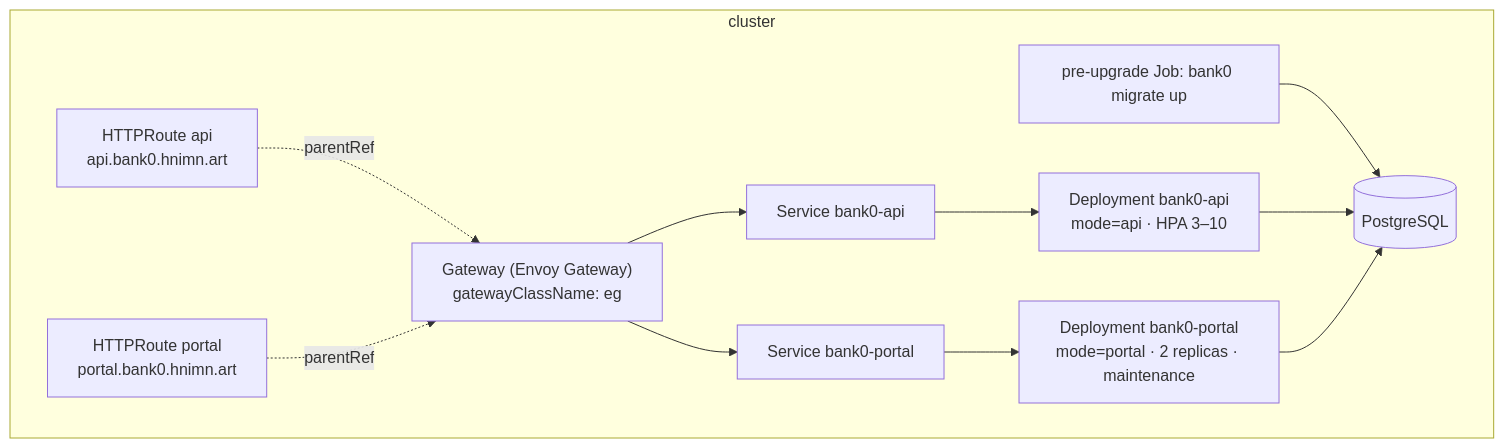
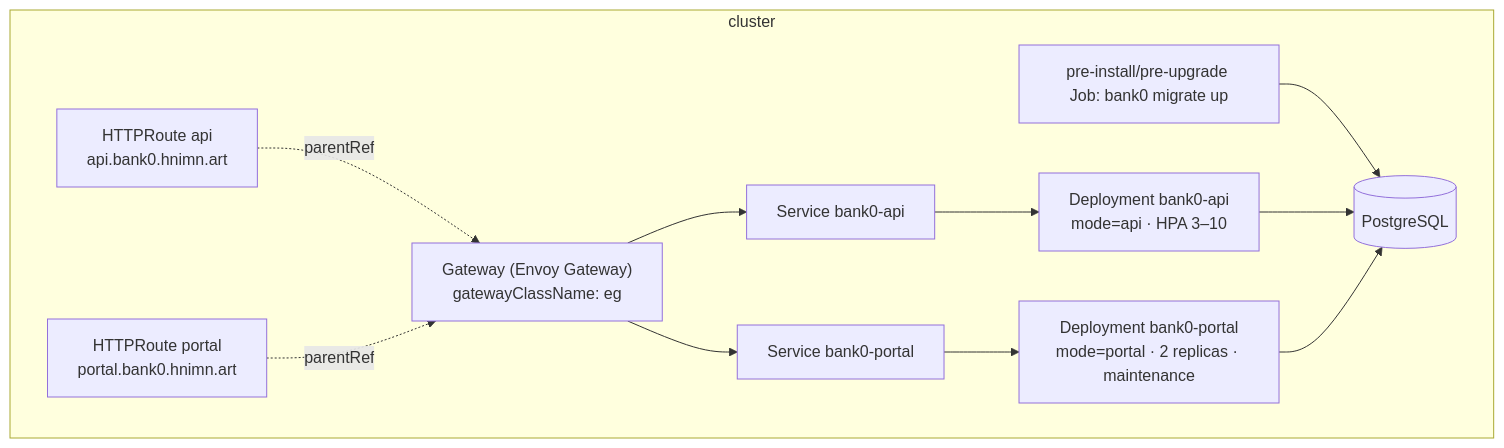
One commit to minhtt159/bank0 changed the second of 2 diagrams in docs/04-deployment.md. Above: the diagram before and after it, drawn with Mermaid. The commit also changed other lines of this file and 24 other files, not shown here.

````diff
--- a/docs/04-deployment.md
+++ b/docs/04-deployment.md
@@ -132,15 +136,15 @@
 ```mermaid
 graph TD
     subgraph cluster
       GW["Gateway (Envoy Gateway)<br/>gatewayClassName: eg"]
       RtA["HTTPRoute api<br/>api.bank0.hnimn.art"] -.parentRef.-> GW
       RtP["HTTPRoute portal<br/>portal.bank0.hnimn.art"] -.parentRef.-> GW
       GW --> SvcA[Service bank0-api]
       GW --> SvcP[Service bank0-portal]
       SvcA --> DepA["Deployment bank0-api<br/>mode=api · HPA 3–10"]
       SvcP --> DepP["Deployment bank0-portal<br/>mode=portal · 2 replicas · maintenance"]
-      Job["pre-upgrade Job: bank0 migrate up"] --> PG[(PostgreSQL)]
+      Job["pre-install/pre-upgrade Job: bank0 migrate up"] --> PG[(PostgreSQL)]
       DepA --> PG
       DepP --> PG
     end
 ```
````
